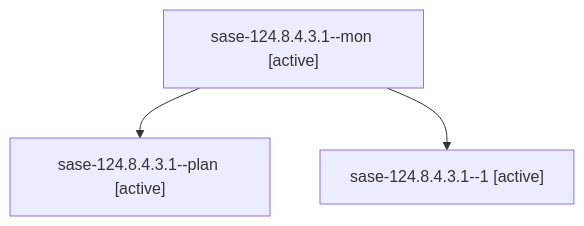
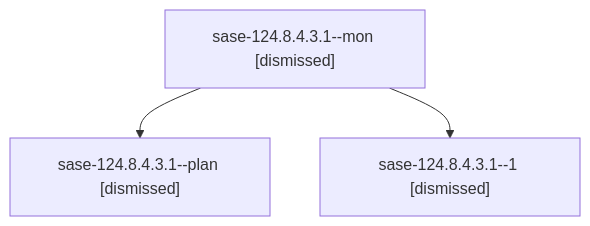
One commit to sase-org/sase--agents changed the diagram in sessions/bbugyi200.athena.sase-124.8.4.3.1.md. Above: the diagram before and after it, drawn with Mermaid. The commit also changed other lines of this file and 306 other files, not shown here.

````diff
--- a/sessions/bbugyi200.athena.sase-124.8.4.3.1.md
+++ b/sessions/bbugyi200.athena.sase-124.8.4.3.1.md
@@ -9,8 +9,8 @@
 ```mermaid
 flowchart TD
-  n0["sase-124.8.4.3.1--mon [active]"]
-  n1["sase-124.8.4.3.1--plan [active]"]
+  n0["sase-124.8.4.3.1--mon [dismissed]"]
+  n1["sase-124.8.4.3.1--plan [dismissed]"]
   n0 --> n1
-  n2["sase-124.8.4.3.1--1 [active]"]
+  n2["sase-124.8.4.3.1--1 [dismissed]"]
   n0 --> n2
 ```
````
